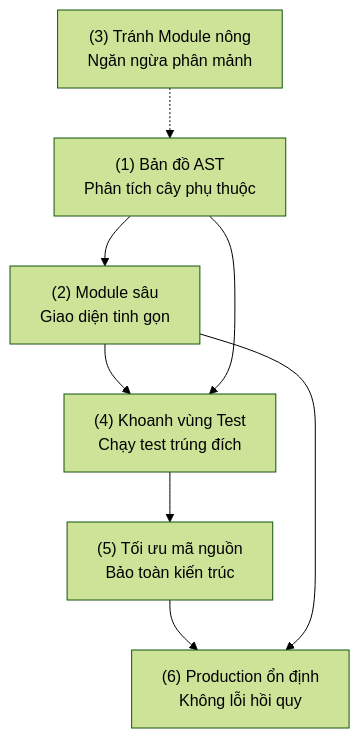
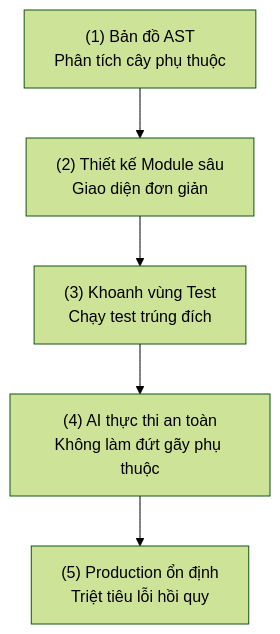
Before and after one commit to nguyengoctin/my_website: the fifth of 6 diagrams in content/posts/ky-nghe-phan-mem-ban-dia-ai-va-5-bai-hoc-lam-chu-ai-agents.md, drawn with Mermaid (forest theme). The commit also changed other lines of this file and 19 other files, not shown here.

Commit message:
chore: implement Mermaid best-practice audit script, apply auto-fixes to posts, and adjust rendering configurations

````diff
--- a/content/posts/ky-nghe-phan-mem-ban-dia-ai-va-5-bai-hoc-lam-chu-ai-agents.md
+++ b/content/posts/ky-nghe-phan-mem-ban-dia-ai-va-5-bai-hoc-lam-chu-ai-agents.md
@@ -162,16 +157,12 @@
 ```mermaid
 flowchart TD
     ASTMap["(1) Bản đồ AST<br/>Phân tích cây phụ thuộc"]
-    DeepMod["(2) Module sâu<br/>Giao diện tinh gọn"]
-    ShallowMod["(3) Tránh Module nông<br/>Ngăn ngừa phân mảnh"]
-    ImpactTest["(4) Khoanh vùng Test<br/>Chạy test trúng đích"]
-    Refactor["(5) Tối ưu mã nguồn<br/>Bảo toàn kiến trúc"]
-    StableProd["(6) Production ổn định<br/>Không lỗi hồi quy"]
+    DeepMod["(2) Thiết kế Module sâu<br/>Giao diện đơn giản"]
+    ImpactTest["(3) Khoanh vùng Test<br/>Chạy test trúng đích"]
+    Refactor["(4) AI thực thi an toàn<br/>Không làm đứt gãy phụ thuộc"]
+    StableProd["(5) Production ổn định<br/>Triệt tiêu lỗi hồi quy"]
     ASTMap --> DeepMod
     DeepMod --> ImpactTest
-    ShallowMod -.-> ASTMap
     ImpactTest --> Refactor
     Refactor --> StableProd
-    ASTMap --> ImpactTest
-    DeepMod --> StableProd
 ```
````
